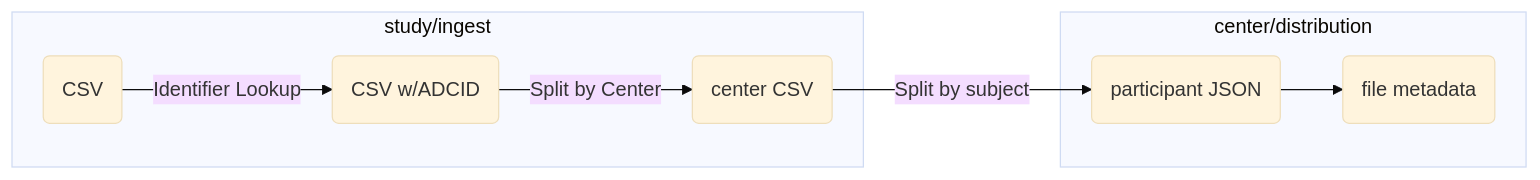
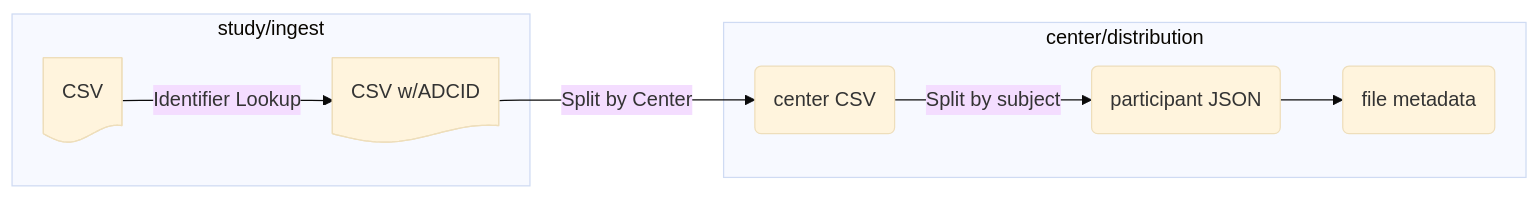
Before and after one commit to naccdata/flywheel-gear-extensions: the diagram in docs/csv_center_splitter/process.md, drawn with Mermaid (base theme).

Commit message:
Update process.md
Add special shapes

````diff
--- a/docs/csv_center_splitter/process.md
+++ b/docs/csv_center_splitter/process.md
@@ -13,12 +13,11 @@
 ```mermaid
 flowchart LR
     subgraph study/ingest
-        A(CSV) -- Identifier Lookup --> B(CSV w/ADCID)
-        B -- Split by Center --> C(center CSV)
-        
+        A@{ shape: doc, label: "CSV" } -- Identifier Lookup --> B@{ shape: doc, label: "CSV w/ADCID" }
     end
     subgraph center/distribution
+        B -- Split by Center --> C(center CSV)
         C -- Split by subject --> D(participant JSON)
         D --> E(file metadata)
     end
 ```
````
